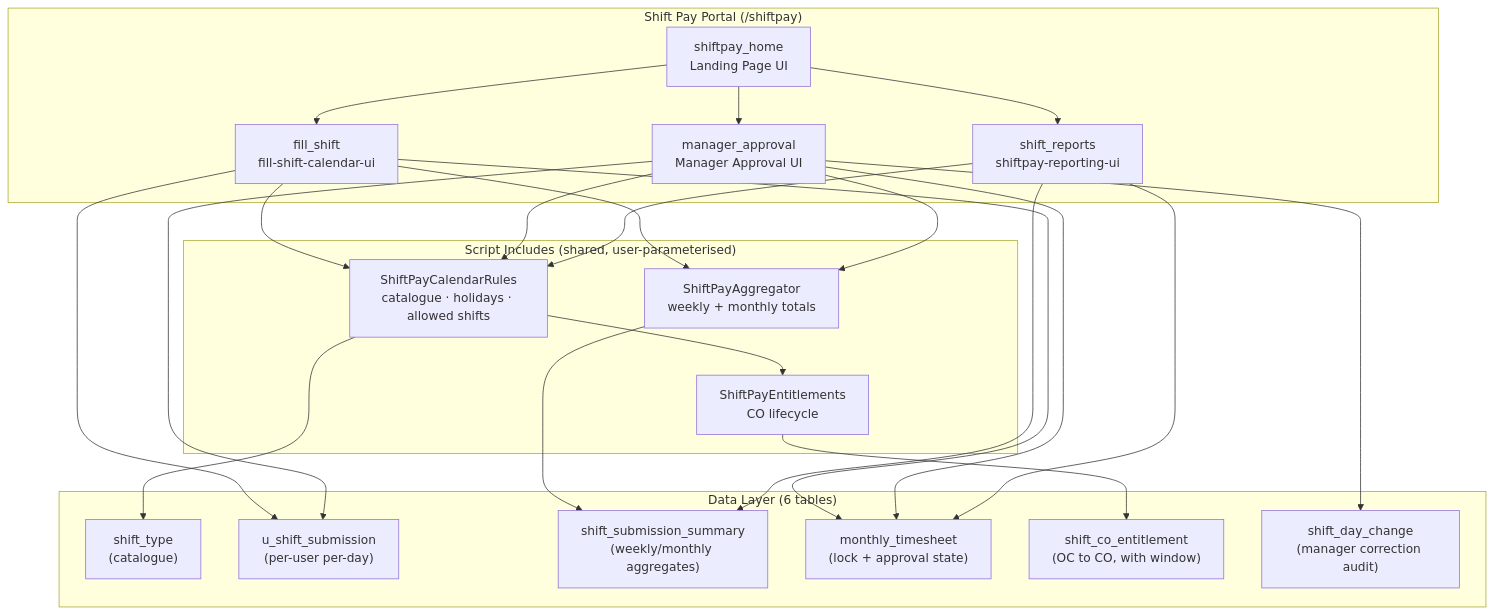
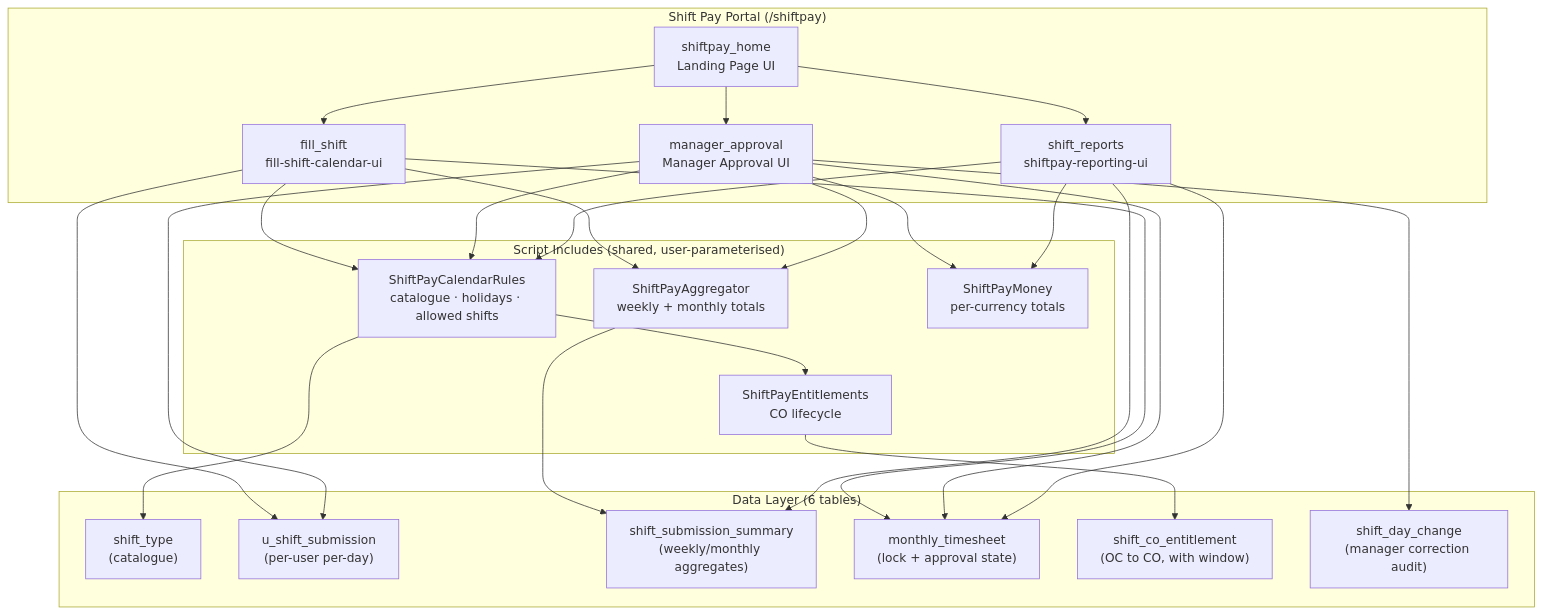
One commit to FuturisticTechnologies/shift-pay changed the diagram in README.md. Above: the diagram before and after it, drawn with Mermaid. The commit also changed other lines of this file and 17 other files, not shown here.

````diff
--- a/README.md
+++ b/README.md
@@ -129,44 +129,48 @@
 ```mermaid
 graph TD
     subgraph Portal["Shift Pay Portal (/shiftpay)"]
         HOME["shiftpay_home\nLanding Page UI"]
         CAL["fill_shift\nfill-shift-calendar-ui"]
         MGR["manager_approval\nManager Approval UI"]
         REP["shift_reports\nshiftpay-reporting-ui"]
         HOME --> CAL
         HOME --> MGR
         HOME --> REP
     end
 
     subgraph SI["Script Includes (shared, user-parameterised)"]
         RULES["ShiftPayCalendarRules\ncatalogue · holidays · allowed shifts"]
         ENT["ShiftPayEntitlements\nCO lifecycle"]
         AGG["ShiftPayAggregator\nweekly + monthly totals"]
         RULES --> ENT
+        MONEY["ShiftPayMoney
+per-currency totals"]
     end
 
     subgraph Data["Data Layer (6 tables)"]
         ST["shift_type\n(catalogue)"]
         DS["u_shift_submission\n(per-user per-day)"]
         SUM["shift_submission_summary\n(weekly/monthly aggregates)"]
         MT["monthly_timesheet\n(lock + approval state)"]
         CO["shift_co_entitlement\n(OC to CO, with window)"]
         DC["shift_day_change\n(manager correction audit)"]
     end
 
     CAL --> RULES
     CAL --> AGG
     MGR --> RULES
     MGR --> AGG
     MGR --> DC
     REP --> RULES
+    MGR --> MONEY
+    REP --> MONEY
     RULES --> ST
     ENT --> CO
     AGG --> SUM
     CAL --> DS
     MGR --> DS
     CAL --> MT
     MGR --> MT
     REP --> SUM
     REP --> MT
 ```
````
